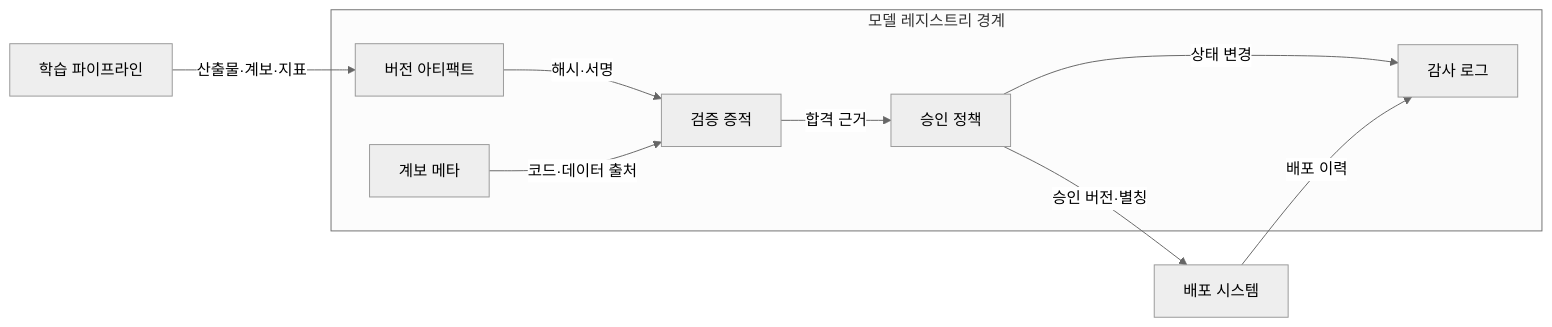
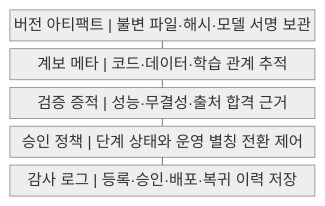
Before and after one commit to agnusdei1207/knowledge-base: the first of 2 diagrams in src/content/docs/notes/03-software/205_model_registry.md, drawn with Mermaid (neutral theme). The commit also changed other lines of this file and 20 other files, not shown here.

````diff
--- a/src/content/docs/notes/03-software/205_model_registry.md
+++ b/src/content/docs/notes/03-software/205_model_registry.md
@@ -55,19 +55,13 @@
 ```mermaid
-flowchart LR
-    T["학습 파이프라인"]
-    D["배포 시스템"]
-    subgraph R[모델 레지스트리 경계]
-        A["버전 아티팩트"]
-        L["계보 메타"]
-        V["검증 증적"]
-        P["승인 정책"]
-        G["감사 로그"]
-        A -->|해시·서명| V
-        L -->|코드·데이터 출처| V
-        V -->|합격 근거| P
-        P -->|상태 변경| G
-    end
-    T -->|산출물·계보·지표| A
-    P -->|승인 버전·별칭| D
-    D -->|배포 이력| G
+block
+    columns 1
+    A["버전 아티팩트 | 불변 파일·해시·모델 서명 보관"]
+    B["계보 메타 | 코드·데이터·학습 관계 추적"]
+    C["검증 증적 | 성능·무결성·출처 합격 근거"]
+    D["승인 정책 | 단계 상태와 운영 별칭 전환 제어"]
+    E["감사 로그 | 등록·승인·배포·복귀 이력 저장"]
+    A --- B
+    B --- C
+    C --- D
+    D --- E
 ```
````
